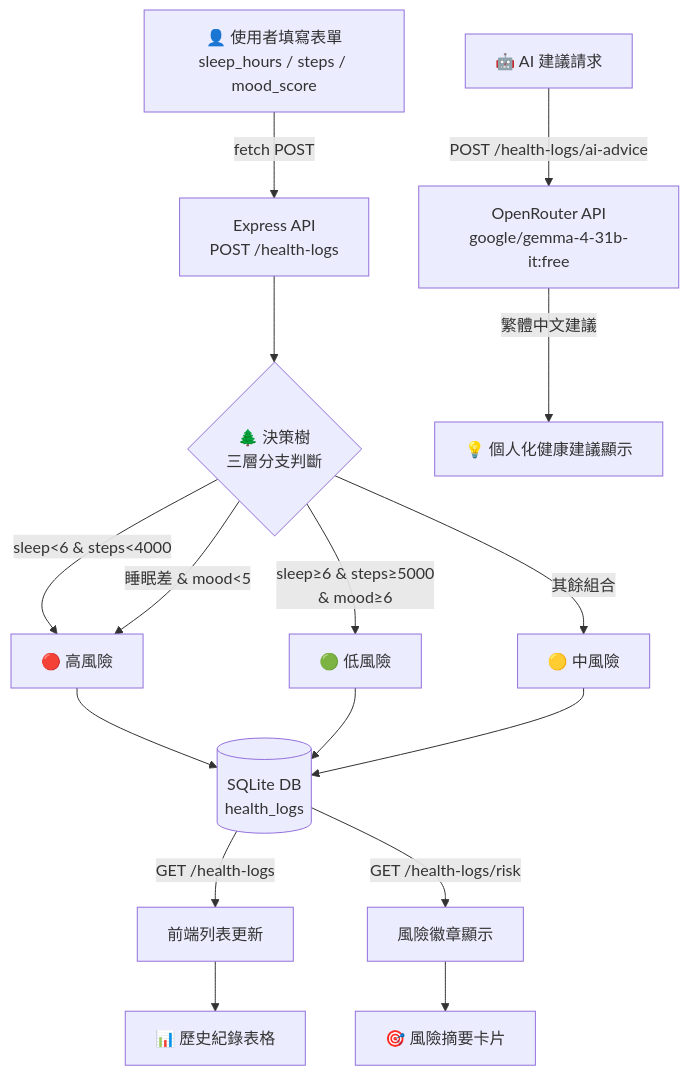
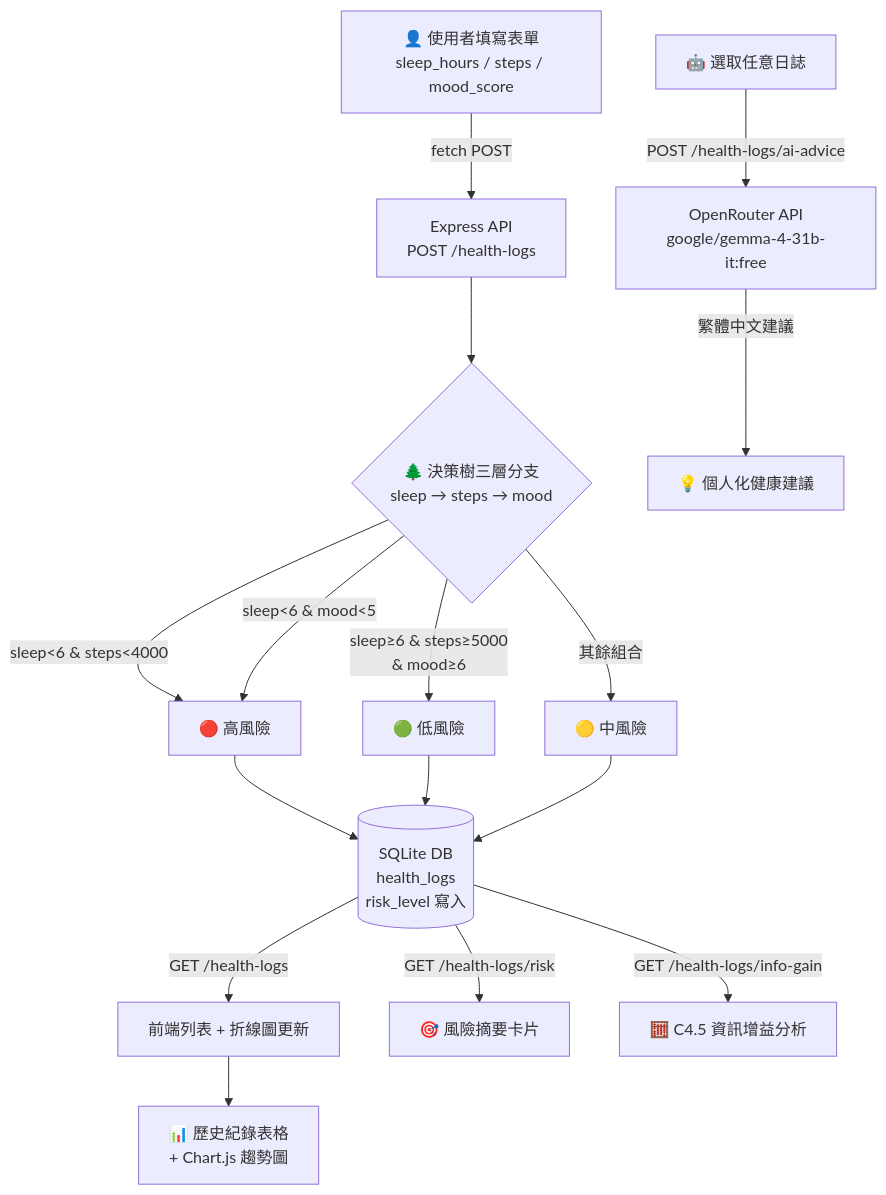
One commit to ginayang391/HealthDiary changed the diagram in README.md. Above: the diagram before and after it, drawn with Mermaid. The commit also changed other lines of this file and 1 other file, not shown here.

````diff
--- a/README.md
+++ b/README.md
@@ -93,18 +114,18 @@
 ```mermaid
 flowchart TD
     A[👤 使用者填寫表單\nsleep_hours / steps / mood_score] -->|fetch POST| B[Express API\nPOST /health-logs]
-    B --> C{🌲 決策樹\n三層分支判斷}
+    B --> C{🌲 決策樹三層分支\nsleep → steps → mood}
     C -->|sleep<6 & steps<4000| D[🔴 高風險]
-    C -->|睡眠差 & mood<5| D
+    C -->|sleep<6 & mood<5| D
     C -->|sleep≥6 & steps≥5000\n& mood≥6| E[🟢 低風險]
     C -->|其餘組合| F[🟡 中風險]
-    D --> G[(SQLite DB\nhealth_logs)]
+    D --> G[(SQLite DB\nhealth_logs\nrisk_level 寫入)]
     E --> G
     F --> G
-    G -->|GET /health-logs| H[前端列表更新]
-    G -->|GET /health-logs/risk| I[風險徽章顯示]
-    H --> J[📊 歷史紀錄表格]
-    I --> K[🎯 風險摘要卡片]
-    A2[🤖 AI 建議請求] -->|POST /health-logs/ai-advice| L[OpenRouter API\ngoogle/gemma-4-31b-it:free]
-    L -->|繁體中文建議| M[💡 個人化健康建議顯示]
+    G -->|GET /health-logs| H[前端列表 + 折線圖更新]
+    H --> I[📊 歷史紀錄表格\n+ Chart.js 趨勢圖]
+    G -->|GET /health-logs/risk| J[🎯 風險摘要卡片]
+    G -->|GET /health-logs/info-gain| K[🧮 C4.5 資訊增益分析]
+    A2[🤖 選取任意日誌] -->|POST /health-logs/ai-advice| L[OpenRouter API\ngoogle/gemma-4-31b-it:free]
+    L -->|繁體中文建議| M[💡 個人化健康建議]
 ```
````
